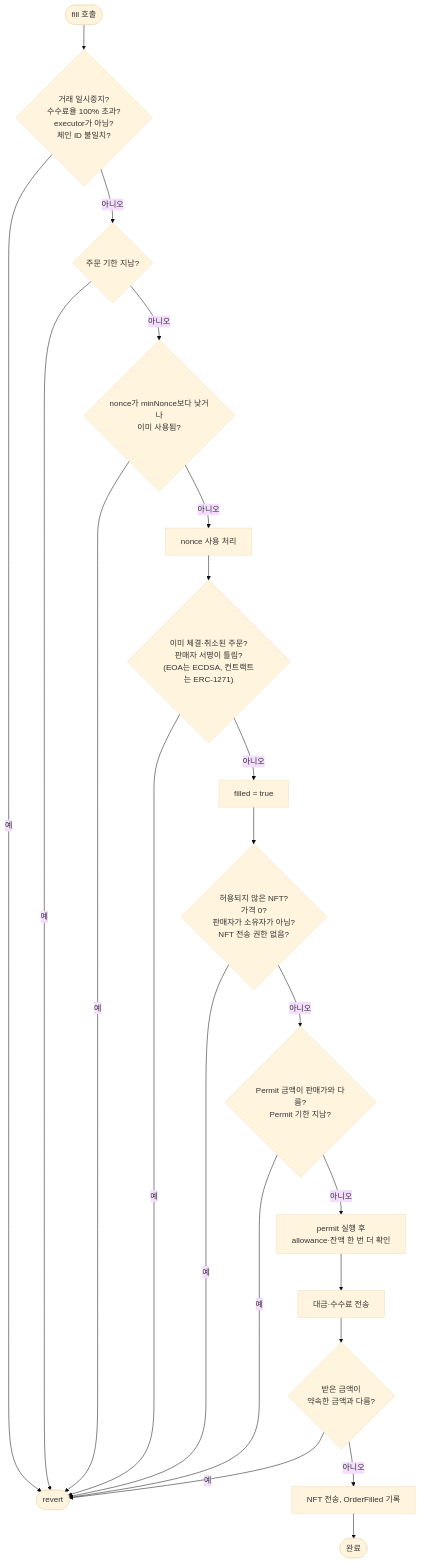
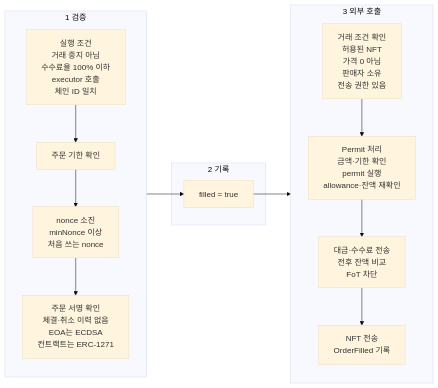
The third of 3 diagrams in README.md (FDongFDong/nft-exchange-contract), drawn with Mermaid (base theme) before and after one commit. The commit also changed other lines of this file, not shown here.

Commit message:
README: 다이어그램 줄바꿈 정리, 알려진 한계 재현 결과 반영
- fill 검사 순서도를 CEI 3단계 사각형 구조로 다시 그림
- 비교 다이어그램 라벨을 짧게 끊어 자동 줄바꿈 방지
- 알려진 한계를 버그·그리핑·설계 전제로 구분하고 재현 결과 추가

````diff
--- a/README.md
+++ b/README.md
@@ -70,23 +70,23 @@
 ```mermaid
-flowchart TD
-    S([fill 호출]) --> C1{"거래 일시중지?<br/>수수료율 100% 초과?<br/>executor가 아님?<br/>체인 ID 불일치?"}
-    C1 -- 예 --> R([revert])
-    C1 -- 아니오 --> C2{"주문 기한 지남?"}
-    C2 -- 예 --> R
-    C2 -- 아니오 --> C3{"nonce가 minNonce보다 낮거나<br/>이미 사용됨?"}
-    C3 -- 예 --> R
-    C3 -- 아니오 --> N["nonce 사용 처리"]
-    N --> C4{"이미 체결·취소된 주문?<br/>판매자 서명이 틀림?<br/>(EOA는 ECDSA, 컨트랙트는 ERC-1271)"}
-    C4 -- 예 --> R
-    C4 -- 아니오 --> E["filled = true"]
-    E --> C5{"허용되지 않은 NFT?<br/>가격 0?<br/>판매자가 소유자가 아님?<br/>NFT 전송 권한 없음?"}
-    C5 -- 예 --> R
-    C5 -- 아니오 --> C6{"Permit 금액이 판매가와 다름?<br/>Permit 기한 지남?"}
-    C6 -- 예 --> R
-    C6 -- 아니오 --> P["permit 실행 후<br/>allowance·잔액 한 번 더 확인"]
-    P --> T["대금·수수료 전송"]
-    T --> C7{"받은 금액이<br/>약속한 금액과 다름?"}
-    C7 -- 예 --> R
-    C7 -- 아니오 --> X["NFT 전송, OrderFilled 기록"]
-    X --> D([완료])
+flowchart LR
+    subgraph C["1 검증"]
+        direction TB
+        C1["실행 조건<br/>거래 중지 아님<br/>수수료율 100% 이하<br/>executor 호출<br/>체인 ID 일치"]
+        C2["주문 기한 확인"]
+        C3["nonce 소진<br/>minNonce 이상<br/>처음 쓰는 nonce"]
+        C4["주문 서명 확인<br/>체결·취소 이력 없음<br/>EOA는 ECDSA<br/>컨트랙트는 ERC-1271"]
+        C1 --> C2 --> C3 --> C4
+    end
+    subgraph E["2 기록"]
+        E1["filled = true"]
+    end
+    subgraph I["3 외부 호출"]
+        direction TB
+        I1["거래 조건 확인<br/>허용된 NFT<br/>가격 0 아님<br/>판매자 소유<br/>전송 권한 있음"]
+        I2["Permit 처리<br/>금액·기한 확인<br/>permit 실행<br/>allowance·잔액 재확인"]
+        I3["대금·수수료 전송<br/>전후 잔액 비교<br/>FoT 차단"]
+        I4["NFT 전송<br/>OrderFilled 기록"]
+        I1 --> I2 --> I3 --> I4
+    end
+    C4 --> E1 --> I1
 ```
````
